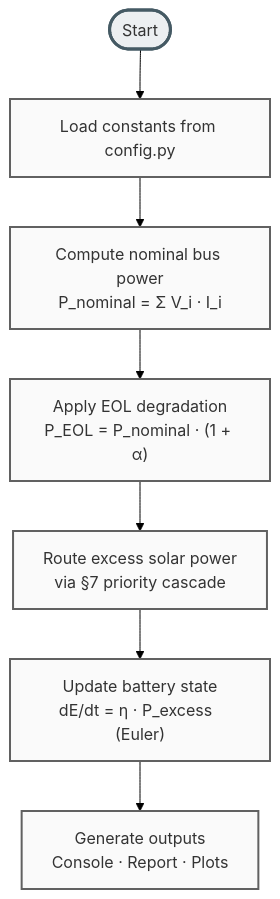
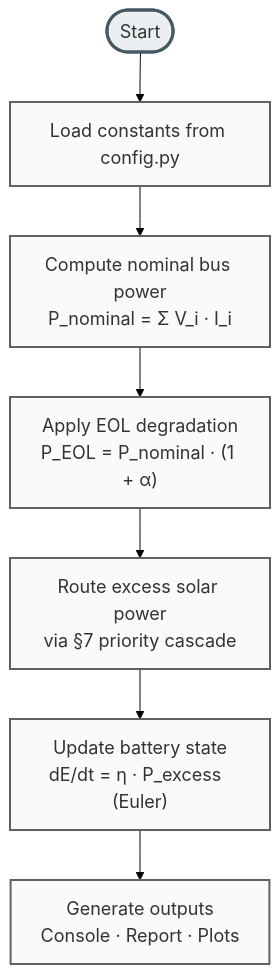
The sixth of 8 diagrams in README.md (chetan0021/spacecraft-eps-power-budget), drawn with Mermaid (forest theme) before and after one commit. The commit also changed other lines of this file, not shown here.

Commit message:
docs: overhaul Mermaid diagrams for visibility and add hifi spacecraft silhouette

````diff
--- a/README.md
+++ b/README.md
@@ -231,22 +238,22 @@
 ```mermaid
 flowchart TD
-    %% Styling
-    classDef default font-family:Inter,font-size:16px,color:#333,stroke-width:2px;
-    classDef step fill:#fafafa,stroke:#616161,stroke-width:2px;
-    classDef startEnd fill:#eceff1,stroke:#455a64,stroke-width:3px;
+    %% Styling and Contrast
+    classDef default font-family:Inter,font-size:18px,color:#333,stroke-width:2px;
+    classDef step fill:#fafafa,stroke:#616161,stroke-width:2px,color:#333;
+    classDef startEnd fill:#eceff1,stroke:#455a64,stroke-width:3px,color:#333;
 
     Start(["Start"]):::startEnd
     LoadParameters["Load constants from config.py"]:::step
     ComputePowerDemand["Compute nominal bus power\nP_nominal = Σ V_i · I_i"]:::step
     ApplyEOLConditions["Apply EOL degradation\nP_EOL = P_nominal · (1 + α)"]:::step
     RoutePower["Route excess solar power\nvia §7 priority cascade"]:::step
     UpdateBatteryState["Update battery state\ndE/dt = η · P_excess  (Euler)"]:::step
     GenerateOutputs["Generate outputs\nConsole · Report · Plots"]:::step
 
     Start --> LoadParameters
     LoadParameters --> ComputePowerDemand
     ComputePowerDemand --> ApplyEOLConditions
     ApplyEOLConditions --> RoutePower
     RoutePower --> UpdateBatteryState
     UpdateBatteryState --> GenerateOutputs
 ```
````
